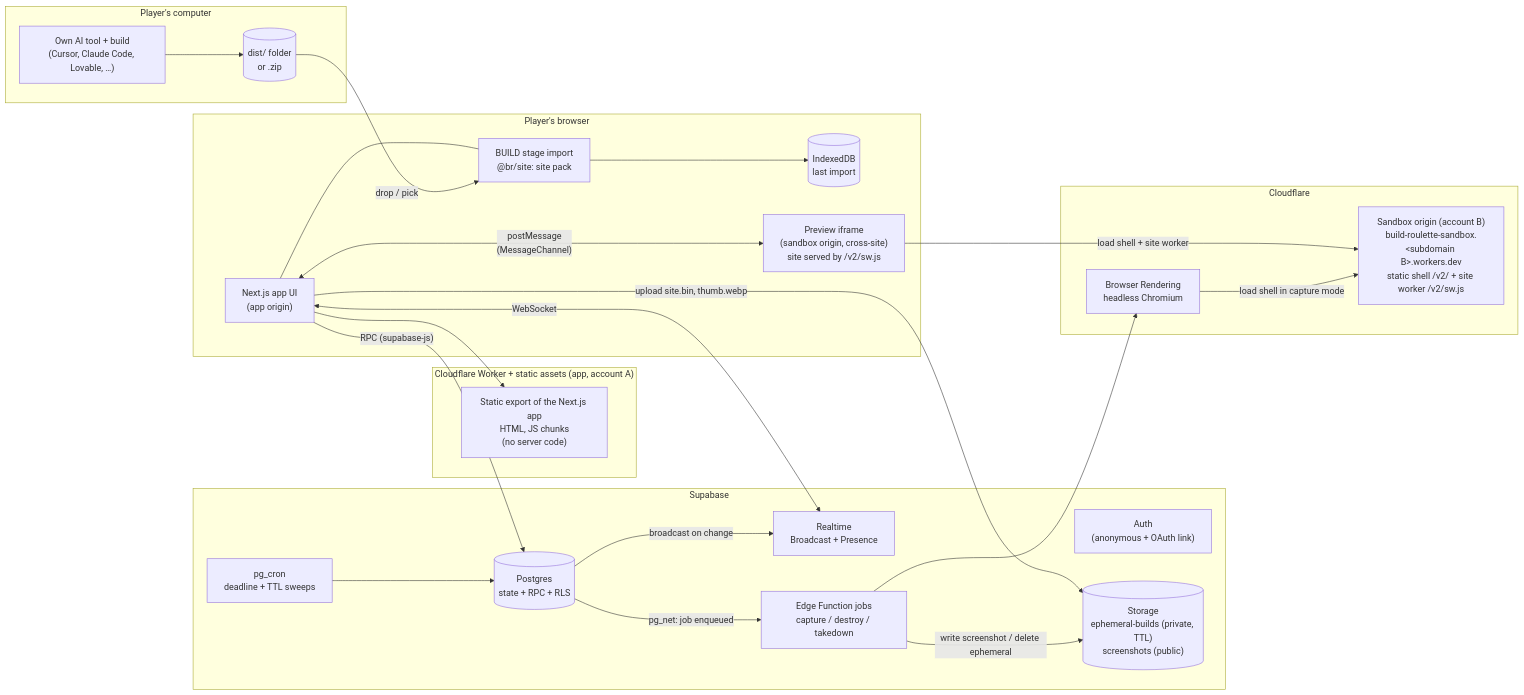
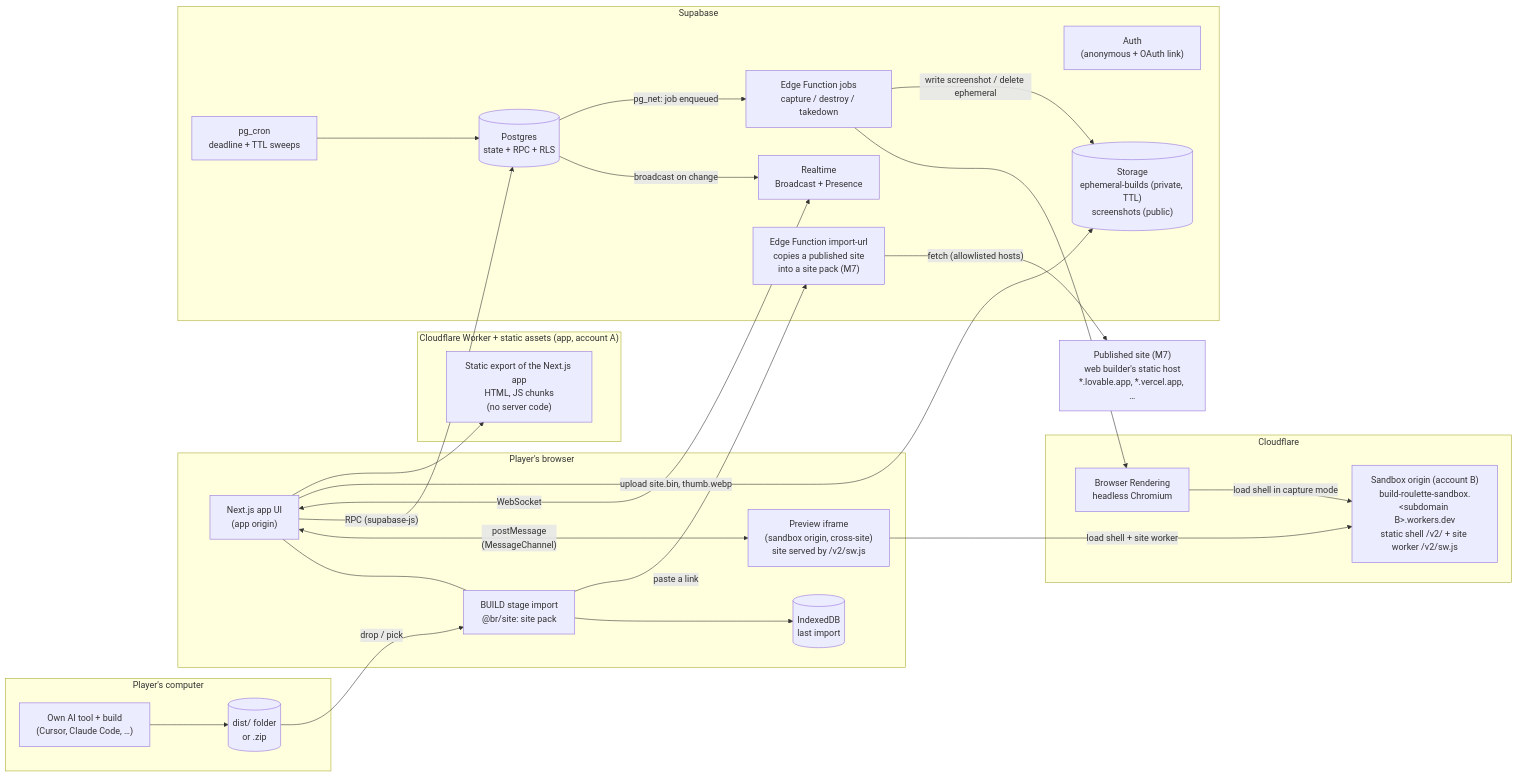
One commit to ertugrulunal9-ui/Build-Roulette changed the first of 2 diagrams in docs/01-architecture.md. Above: the diagram before and after it, drawn with Mermaid. The commit also changed other lines of this file and 7 other files, not shown here.

First line of the commit message:
Docs: bring README, roadmap, architecture and board up to M7

````diff
--- a/docs/01-architecture.md
+++ b/docs/01-architecture.md
@@ -29,50 +29,55 @@
 ```mermaid
 flowchart LR
   subgraph Local["Player's computer"]
-    TOOL["Own AI tool + build<br/>(Cursor, Claude Code, Lovable, …)"]
+    TOOL["Own AI tool + build<br/>(Cursor, Claude Code, …)"]
     DIST[("dist/ folder<br/>or .zip")]
     TOOL --> DIST
   end
+
+  PUB["Published site (M7)<br/>web builder's static host<br/>*.lovable.app, *.vercel.app, …"]
 
   subgraph Player["Player's browser"]
     UI["Next.js app UI<br/>(app origin)"]
     IMP["BUILD stage import<br/>@br/site: site pack"]
     IDB[("IndexedDB<br/>last import")]
     IF["Preview iframe<br/>(sandbox origin, cross-site)<br/>site served by /v2/sw.js"]
     UI --- IMP
     IMP --> IDB
     UI <-->|"postMessage<br/>(MessageChannel)"| IF
   end
 
   DIST -->|"drop / pick"| IMP
 
   subgraph CFApp["Cloudflare Worker + static assets (app, account A)"]
     NX["Static export of the Next.js app<br/>HTML, JS chunks<br/>(no server code)"]
   end
 
   subgraph Supabase
     AUTH["Auth<br/>(anonymous + OAuth link)"]
     PG[("Postgres<br/>state + RPC + RLS")]
     RT["Realtime<br/>Broadcast + Presence"]
     ST[("Storage<br/>ephemeral-builds (private, TTL)<br/>screenshots (public)")]
     EF["Edge Function jobs<br/>capture / destroy / takedown"]
+    IU["Edge Function import-url<br/>copies a published site<br/>into a site pack (M7)"]
     CRON["pg_cron<br/>deadline + TTL sweeps"]
   end
 
   subgraph Cloudflare
     SB["Sandbox origin (account B)<br/>build-roulette-sandbox.&lt;subdomain B&gt;.workers.dev<br/>static shell /v2/ + site worker /v2/sw.js"]
     BR["Browser Rendering<br/>headless Chromium"]
   end
 
   UI -->|"RPC (supabase-js)"| PG
   UI <-->|"WebSocket"| RT
   UI -->|"upload site.bin, thumb.webp"| ST
+  IMP -->|"paste a link"| IU
+  IU -->|"fetch (allowlisted hosts)"| PUB
   UI --> NX
   IF -->|"load shell + site worker"| SB
   PG -->|"broadcast on change"| RT
   CRON --> PG
   PG -->|"pg_net: job enqueued"| EF
   EF --> BR
   BR -->|"load shell in capture mode"| SB
   EF -->|"write screenshot / delete ephemeral"| ST
 ```
````
